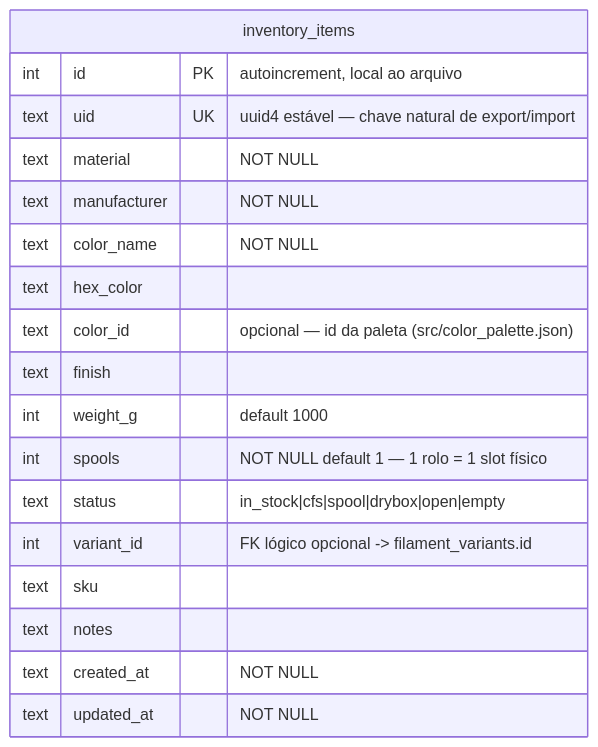
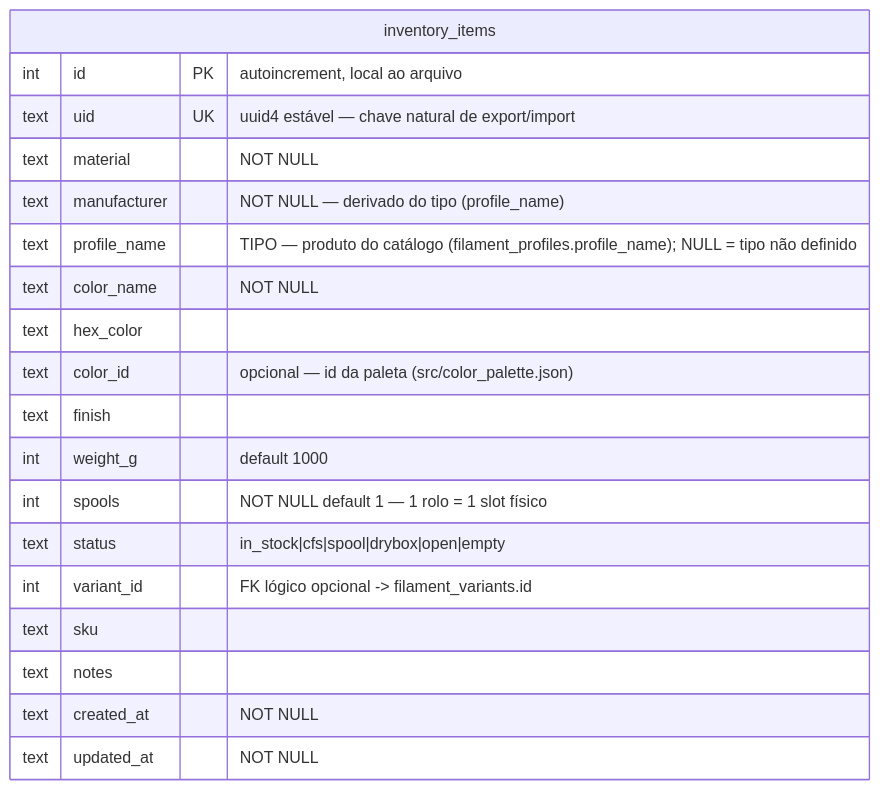
Before and after one commit to RafaelFino/FilamentDB: the third of 12 diagrams in README.md, drawn with Mermaid. The commit also changed other lines of this file and 7 other files, not shown here.

````diff
--- a/README.md
+++ b/README.md
@@ -197,21 +197,22 @@
 ```mermaid
 erDiagram
     inventory_items {
         int id PK "autoincrement, local ao arquivo"
         text uid UK "uuid4 estável — chave natural de export/import"
         text material "NOT NULL"
-        text manufacturer "NOT NULL"
+        text manufacturer "NOT NULL — derivado do tipo (profile_name)"
+        text profile_name "TIPO — produto do catálogo (filament_profiles.profile_name); NULL = tipo não definido"
         text color_name "NOT NULL"
         text hex_color
         text color_id "opcional — id da paleta (src/color_palette.json)"
         text finish
         int weight_g "default 1000"
         int spools "NOT NULL default 1 — 1 rolo = 1 slot físico"
         text status "in_stock|cfs|spool|drybox|open|empty"
         int variant_id "FK lógico opcional -> filament_variants.id"
         text sku
         text notes
         text created_at "NOT NULL"
         text updated_at "NOT NULL"
     }
 ```
````
